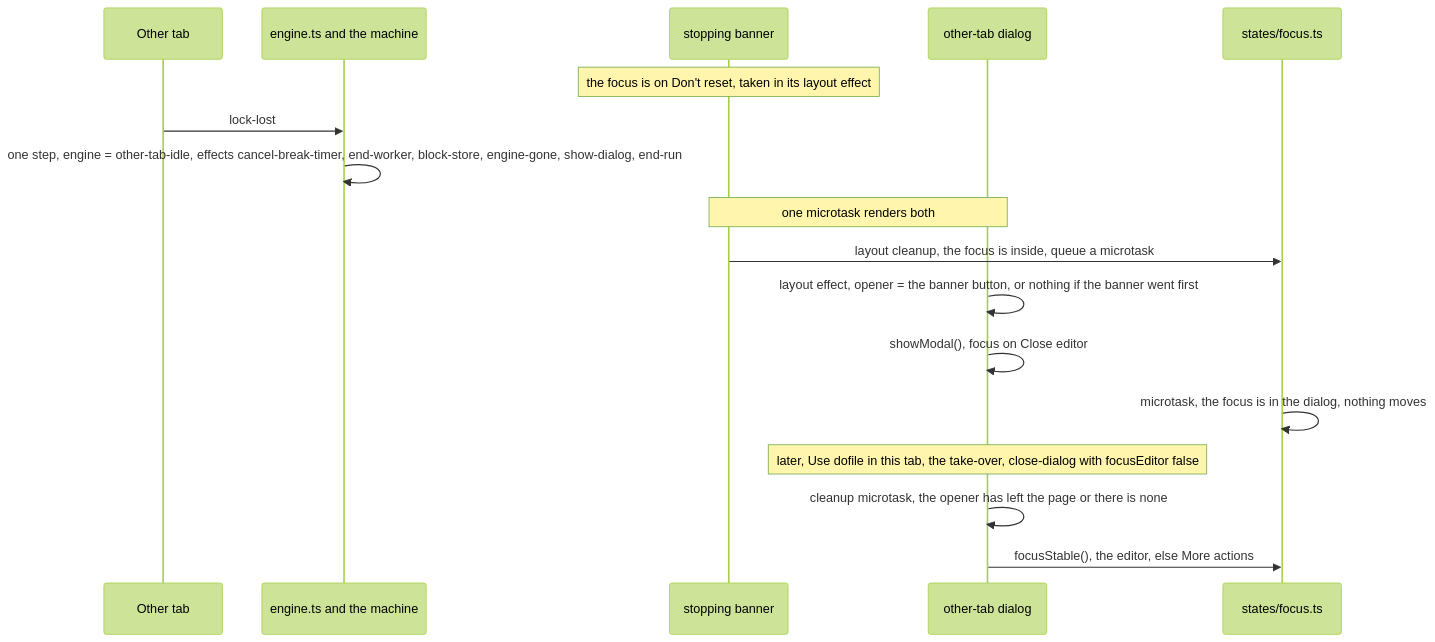
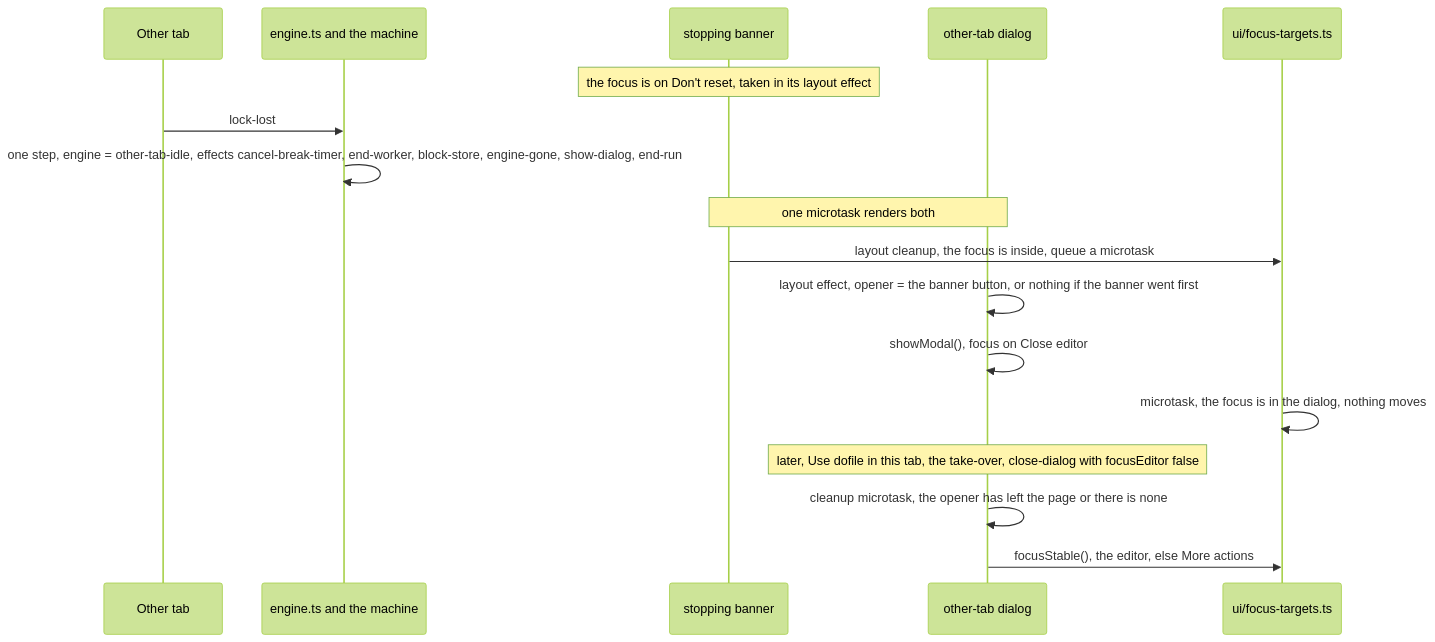
Before and after one commit to jeffzyliu/dofile: the third of 9 diagrams in docs/web-page-flows.md, drawn with Mermaid (forest theme). The commit also changed other lines of this file and 5 other files, not shown here.

````diff
--- a/docs/web-page-flows.md
+++ b/docs/web-page-flows.md
@@ -195,19 +195,19 @@
 ```mermaid
 sequenceDiagram
   participant O as Other tab
   participant E as engine.ts and the machine
   participant SB as stopping banner
   participant D as other-tab dialog
-  participant F as states/focus.ts
+  participant F as ui/focus-targets.ts
   Note over SB: the focus is on Don't reset, taken in its layout effect
   O->>E: lock-lost
   E->>E: one step, engine = other-tab-idle, effects cancel-break-timer, end-worker, block-store, engine-gone, show-dialog, end-run
   Note over SB,D: one microtask renders both
   SB->>F: layout cleanup, the focus is inside, queue a microtask
   D->>D: layout effect, opener = the banner button, or nothing if the banner went first
   D->>D: showModal(), focus on Close editor
   F->>F: microtask, the focus is in the dialog, nothing moves
   Note over D: later, Use dofile in this tab, the take-over, close-dialog with focusEditor false
   D->>D: cleanup microtask, the opener has left the page or there is none
   D->>F: focusStable(), the editor, else More actions
 ```
````
